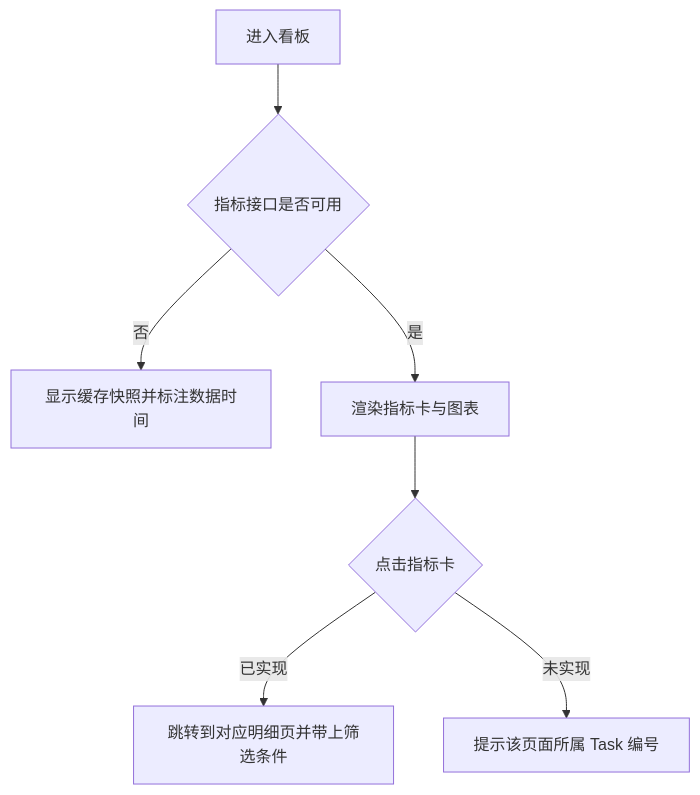
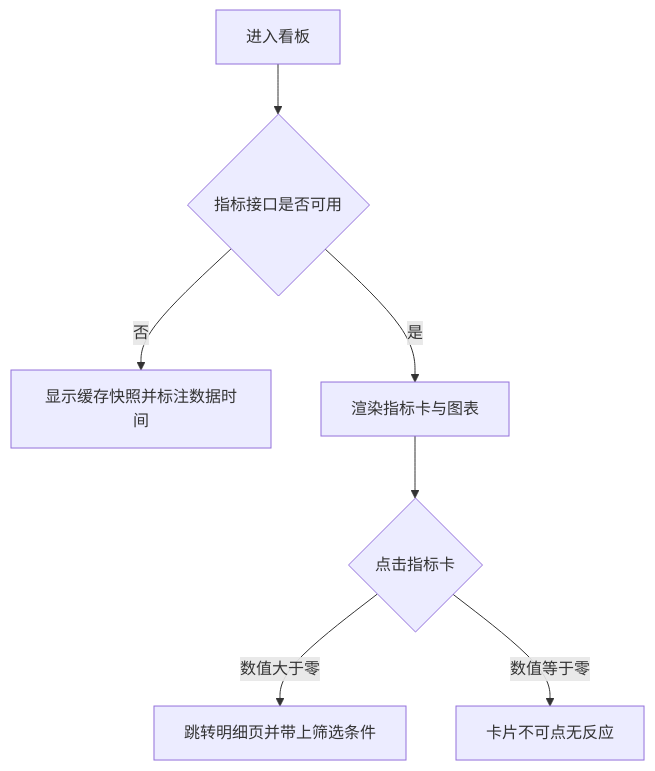
The second of 2 diagrams in templates/prd-example/versions/1.0/tasks.md (CharlesHYF/charles-prd-skill), drawn with Mermaid before and after one commit. The commit also changed other lines of this file and 23 other files, not shown here.

````diff
--- a/templates/prd-example/versions/1.0/tasks.md
+++ b/templates/prd-example/versions/1.0/tasks.md
@@ -201,9 +205,9 @@
 ```mermaid
 flowchart TD
 	A[进入看板] --> B{指标接口是否可用}
 	B -- 否 --> C[显示缓存快照并标注数据时间]
 	B -- 是 --> D[渲染指标卡与图表]
 	D --> E{点击指标卡}
-	E -- 已实现 --> F[跳转到对应明细页并带上筛选条件]
-	E -- 未实现 --> G[提示该页面所属 Task 编号]
+	E -- 数值大于零 --> F[跳转明细页并带上筛选条件]
+	E -- 数值等于零 --> G[卡片不可点无反应]
 ```
````
